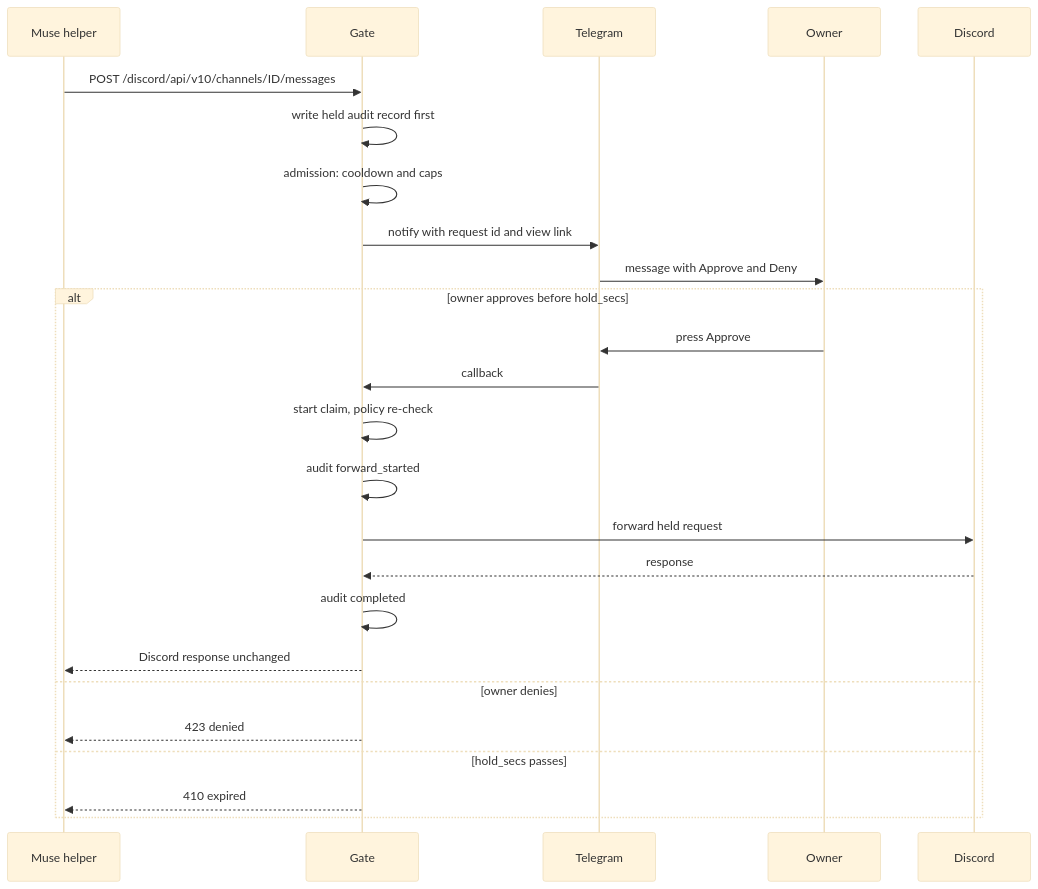
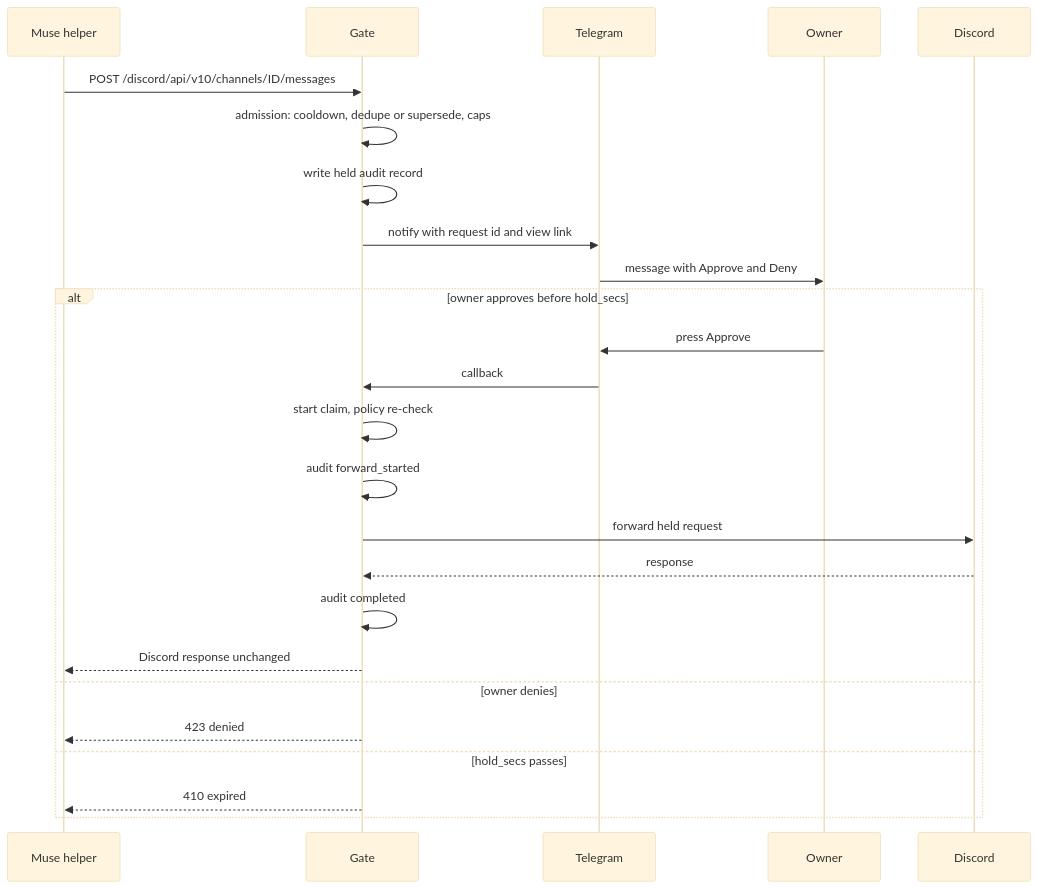
One commit to openabdev/auth-proxy changed the second of 3 diagrams in docs/gated-passthrough-for-muse.md. Above: the diagram before and after it, drawn with Mermaid (base theme). The commit also changed other lines of this file, not shown here.

First line of the commit message:
docs: fix gated passthrough review findings (blocking order, [approval], token file, audit digest)

````diff
--- a/docs/gated-passthrough-for-muse.md
+++ b/docs/gated-passthrough-for-muse.md
@@ -44,27 +44,27 @@
 ```mermaid
 sequenceDiagram
     participant M as Muse helper
     participant G as Gate
     participant T as Telegram
     participant O as Owner
     participant D as Discord
     M->>G: POST /discord/api/v10/channels/ID/messages
-    G->>G: write held audit record first
-    G->>G: admission: cooldown and caps
+    G->>G: admission: cooldown, dedupe or supersede, caps
+    G->>G: write held audit record
     G->>T: notify with request id and view link
     T->>O: message with Approve and Deny
     alt owner approves before hold_secs
         O->>T: press Approve
         T->>G: callback
         G->>G: start claim, policy re-check
         G->>G: audit forward_started
         G->>D: forward held request
         D-->>G: response
         G->>G: audit completed
         G-->>M: Discord response unchanged
     else owner denies
         G-->>M: 423 denied
     else hold_secs passes
         G-->>M: 410 expired
     end
 ```
````
